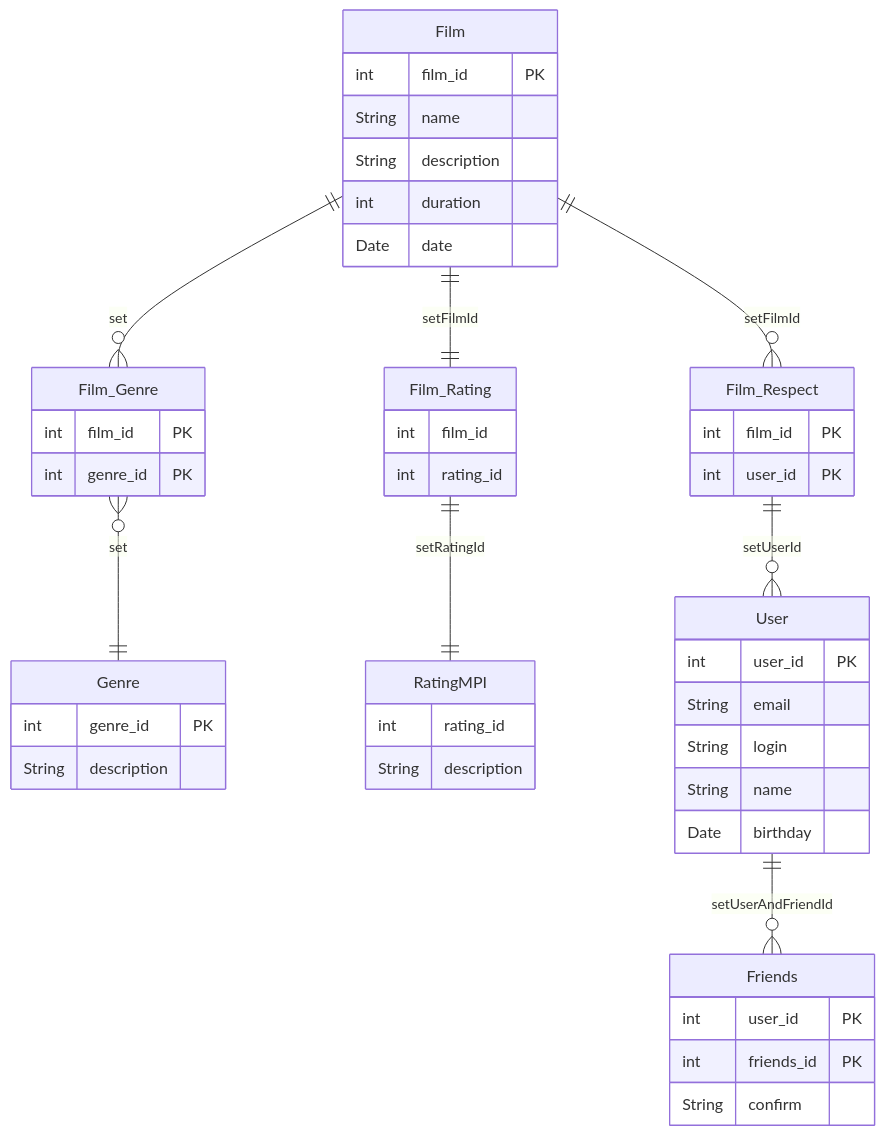
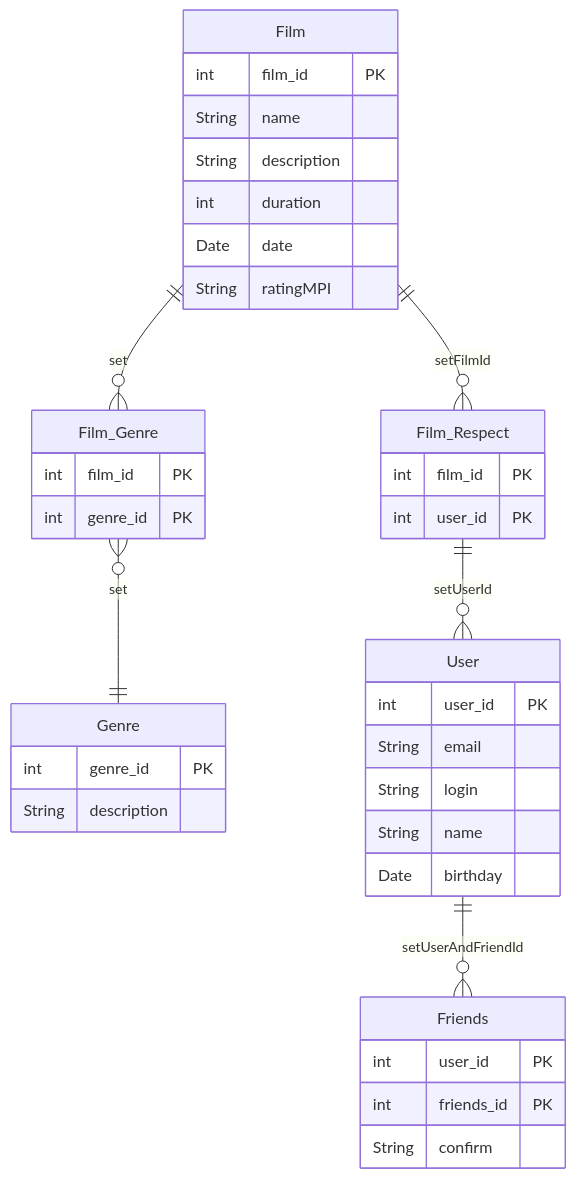
One commit to RedStarMisha/java-filmorate changed the diagram in README.md. Above: the diagram before and after it, drawn with Mermaid. The commit also changed 1 other file, not shown here.

Commit message:
Style: правки по замечаниям ревьюера

````diff
--- a/README.md
+++ b/README.md
@@ -4,64 +4,50 @@
 ```mermaid
 erDiagram
 Film_Genre {
     int film_id PK
     int genre_id PK
     }
     
 Film_Genre }o--|| Genre : set
     
 Genre {
     int genre_id PK
     String description
     }
     
 Film ||--o{ Film_Genre : set
     
 Film {
     int film_id PK
     String name
     String description
     int duration
     Date date
-    }
-    
-Film ||--|| Film_Rating : setFilmId
-    
-Film_Rating {
-    int film_id
-    int rating_id
-    }
-    
-    Film_Rating ||--|| RatingMPI : setRatingId
-    
-    
-RatingMPI {
-    int rating_id
-    String description
+    String ratingMPI
     }
     
 Film ||--o{ Film_Respect:setFilmId
     
 Film_Respect {
     int film_id PK
     int user_id PK
     }
     
 Film_Respect ||--o{ User : setUserId
     
 User {
     int user_id PK
     String email
     String login
     String name
     Date birthday
     }
     
 User ||--o{ Friends : setUserAndFriendId
     
 Friends {
     int user_id PK
     int friends_id PK
     String confirm
     }
 ```
````
